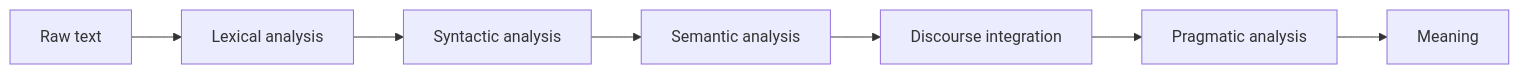
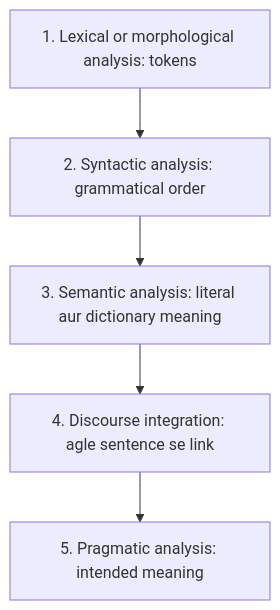
One commit to TrendySloth1001/sem-seven-notes changed the diagram in content/natural-language-processing/pyq/2022-12-ce/q2b.hi.mdx. Above: the diagram before and after it, drawn with Mermaid. The commit also changed other lines of this file and 406 other files, not shown here.

````diff
--- a/content/natural-language-processing/pyq/2022-12-ce/q2b.hi.mdx
+++ b/content/natural-language-processing/pyq/2022-12-ce/q2b.hi.mdx
@@ -15,5 +13,8 @@
 ```mermaid
-%% caption: NLP ke stages. Text paanch levels se guzarta hai; har level aur understanding jodta hai.
-flowchart LR
-  T["Raw text"] --> L["Lexical analysis"] --> Sy["Syntactic analysis"] --> Se["Semantic analysis"] --> D["Discourse integration"] --> P["Pragmatic analysis"] --> M["Meaning"]
+%% caption: NLP ke paanch stages order mein. Har stage sentence ke baare mein ek aur cheez check karta hai.
+flowchart TD
+  A["1. Lexical or morphological analysis: tokens"] --> B["2. Syntactic analysis: grammatical order"]
+  B --> C["3. Semantic analysis: literal aur dictionary meaning"]
+  C --> D["4. Discourse integration: agle sentence se link"]
+  D --> E["5. Pragmatic analysis: intended meaning"]
 ```
````
